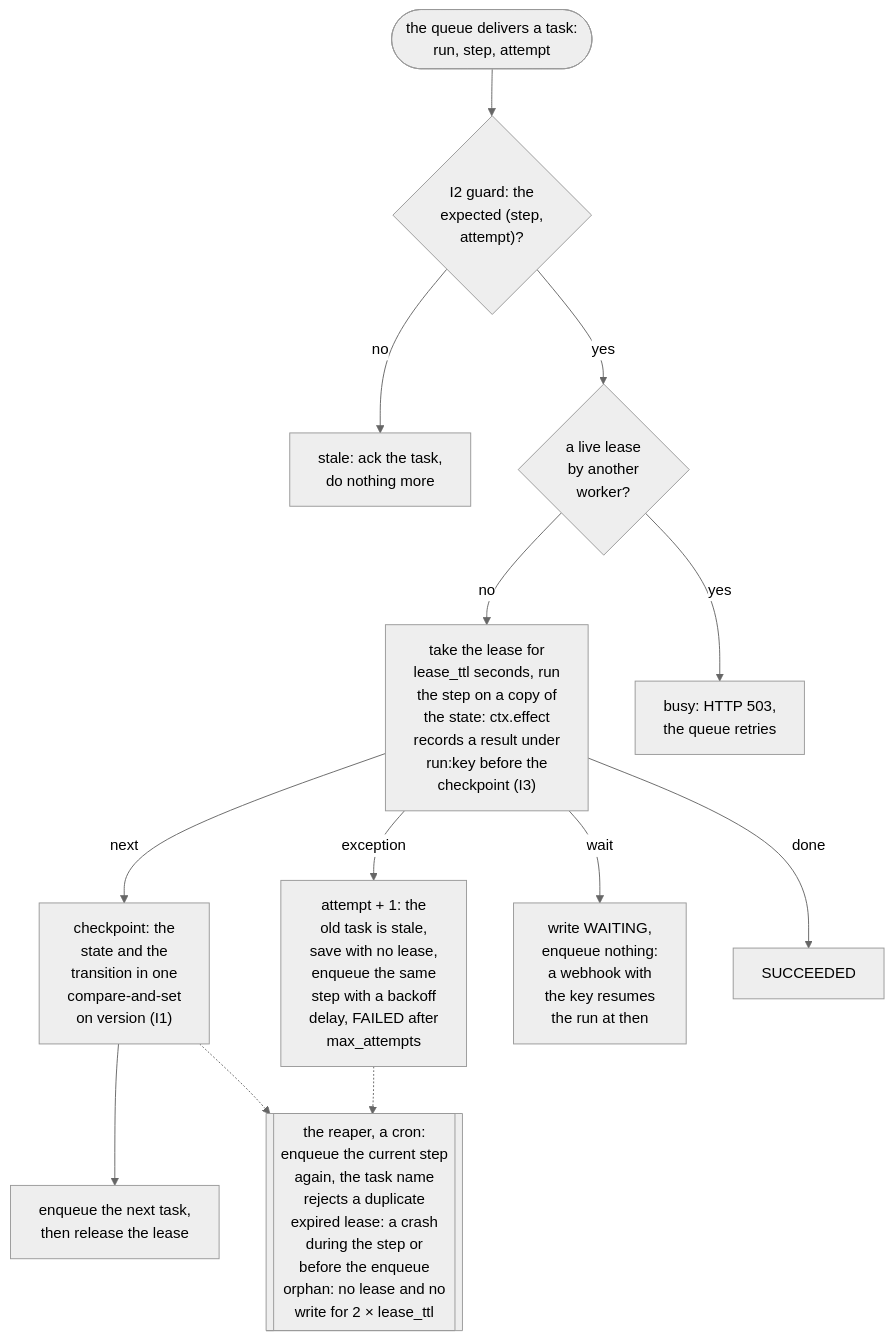
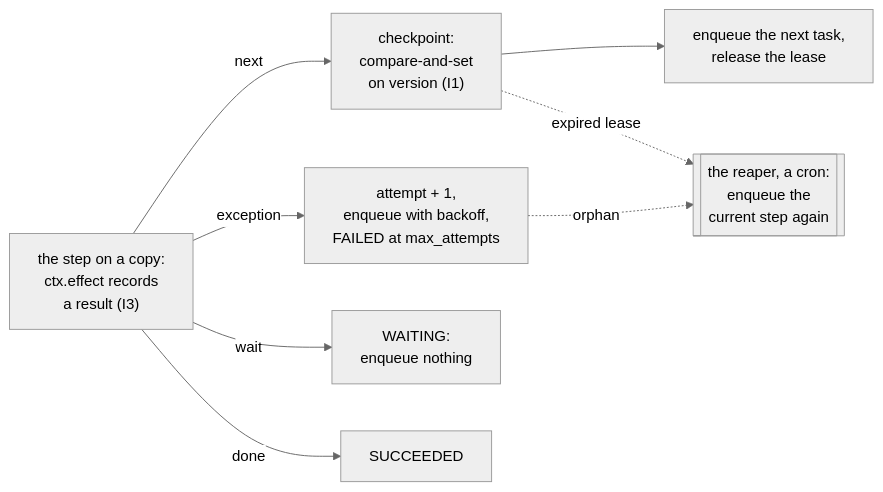
The second of 2 diagrams in 07-application-agent-framework/long-running-durable/lra-core/PRIMER.md (aniryou/full-stack-agentic-engineer), drawn with Mermaid (neutral theme) before and after one commit. The commit also changed other lines of this file and 93 other files, not shown here.

````diff
--- a/07-application-agent-framework/long-running-durable/lra-core/PRIMER.md
+++ b/07-application-agent-framework/long-running-durable/lra-core/PRIMER.md
@@ -17,16 +28,12 @@
 ```mermaid
-flowchart TB
-  T(["the queue delivers a task:<br/>run, step, attempt"]) --> G{"I2 guard: the<br/>expected (step,<br/>attempt)?"}
-  G -- no --> S["stale: ack the task,<br/>do nothing more"]
-  G -- yes --> L{"a live lease<br/>by another<br/>worker?"}
-  L -- no --> ST["take the lease for<br/>lease_ttl seconds, run<br/>the step on a copy of<br/>the state: ctx.effect<br/>records a result under<br/>run:key before the<br/>checkpoint (I3)"]
-  L -- yes --> B["busy: HTTP 503,<br/>the queue retries"]
-  ST -- next --> C["checkpoint: the<br/>state and the<br/>transition in one<br/>compare-and-set<br/>on version (I1)"]
-  ST -- exception --> R["attempt + 1: the<br/>old task is stale,<br/>save with no lease,<br/>enqueue the same<br/>step with a backoff<br/>delay, FAILED after<br/>max_attempts"]
-  ST -- wait --> W["write WAITING,<br/>enqueue nothing:<br/>a webhook with<br/>the key resumes<br/>the run at then"]
+flowchart LR
+  ST["the step on a copy:<br/>ctx.effect records<br/>a result (I3)"]
+  ST -- next --> C["checkpoint:<br/>compare-and-set<br/>on version (I1)"]
+  ST -- exception --> R["attempt + 1,<br/>enqueue with backoff,<br/>FAILED at max_attempts"]
+  ST -- wait --> W["WAITING:<br/>enqueue nothing"]
   ST -- done --> D["SUCCEEDED"]
-  C --> E["enqueue the next task,<br/>then release the lease"]
-  C -.-> RP
-  R -.-> RP
-  RP[["the reaper, a cron:<br/>enqueue the current step<br/>again, the task name<br/>rejects a duplicate<br/>expired lease: a crash<br/>during the step or<br/>before the enqueue<br/>orphan: no lease and no<br/>write for 2 × lease_ttl"]]
+  C --> E["enqueue the next task,<br/>release the lease"]
+  C -. expired lease .-> RP
+  R -. orphan .-> RP
+  RP[["the reaper, a cron:<br/>enqueue the<br/>current step again"]]
 ```
````
